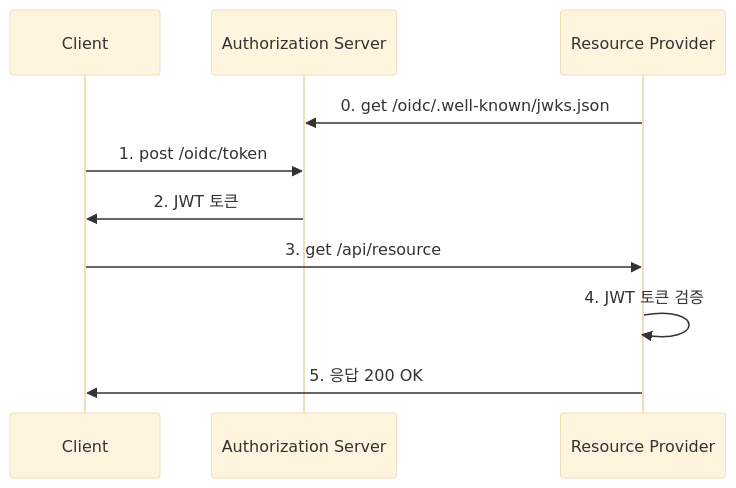
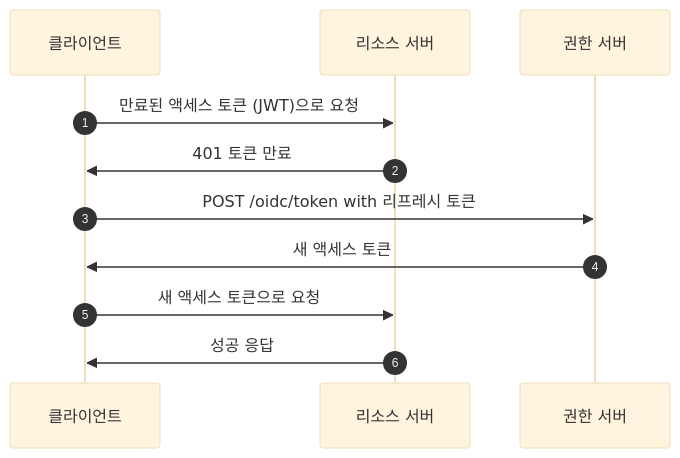
The fifth of 5 diagrams in src/content/terms/ko/opaque-token.mdx (logto-io/auth-wiki), drawn with Mermaid (base theme) before and after one commit. The commit also changed other lines of this file and 95 other files, not shown here.

````diff
--- a/src/content/terms/ko/opaque-token.mdx
+++ b/src/content/terms/ko/opaque-token.mdx
@@ -73,16 +123,14 @@
 ```mermaid
+sequenceDiagram
+    participant Client as 클라이언트
+    participant RS as 리소스 서버
+    participant AS as 권한 서버
+    autonumber
 
-sequenceDiagram
-    participant C as Client
-    participant AS as Authorization Server
-    participant RP as Resource Provider
-
-    RP ->> AS: 0. get /oidc/.well-known/jwks.json
-
-    C ->> AS: 1. post /oidc/token
-    AS ->> C: 2. JWT 토큰
-    C ->> RP: 3. get /api/resource
-    RP ->> RP: 4. JWT 토큰 검증
-    RP ->> C: 5. 응답 200 OK
-
+    Client->>RS: 만료된 액세스 토큰 (JWT)으로 요청
+    RS->>Client: 401 토큰 만료
+    Client->>AS: POST /oidc/token with 리프레시 토큰
+    AS->>Client: 새 액세스 토큰
+    Client->>RS: 새 액세스 토큰으로 요청
+    RS->>Client: 성공 응답
 ```
````
